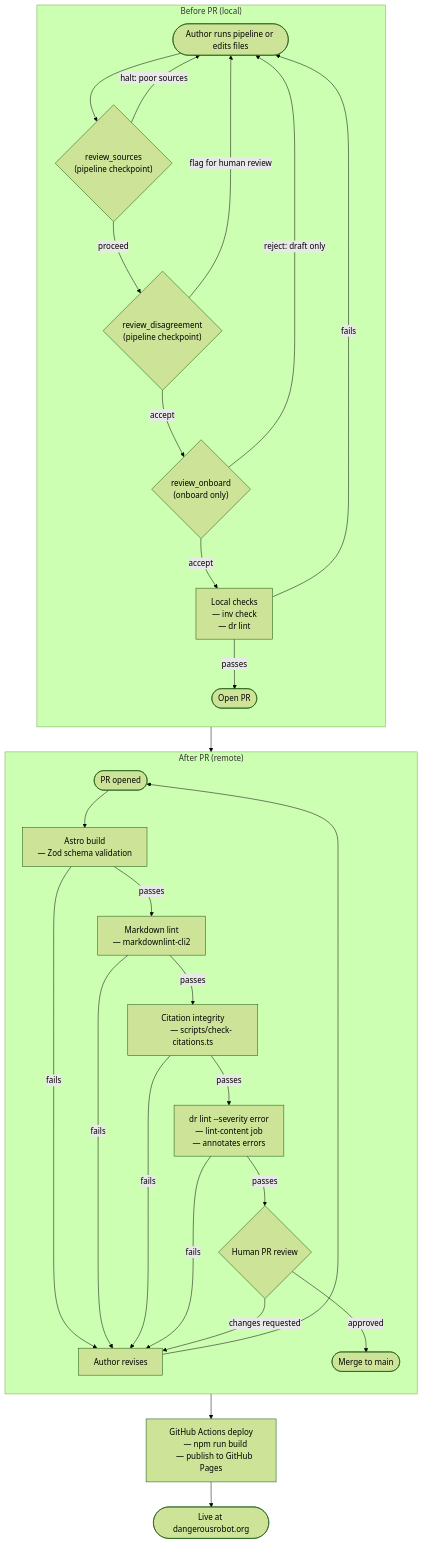
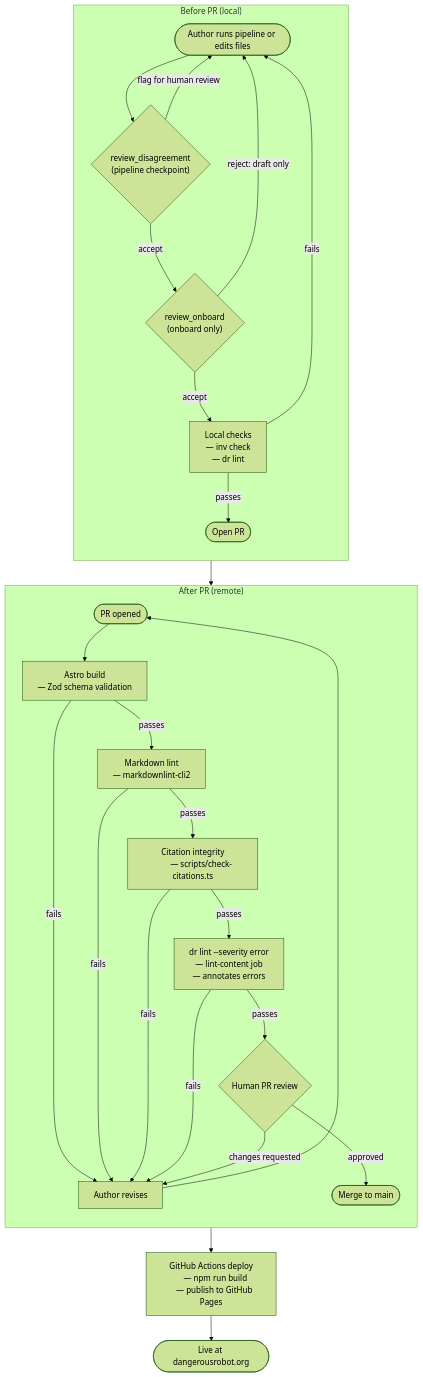
Before and after one commit to dangerous-robot/site: the fifth of 6 diagrams in docs/architecture/research-flow.md, drawn with Mermaid (forest theme). The commit also changed other lines of this file and 59 other files, not shown here.

````diff
--- a/docs/architecture/research-flow.md
+++ b/docs/architecture/research-flow.md
@@ -178,57 +173,53 @@
 ```mermaid
 flowchart TD
     subgraph before ["Before PR (local)"]
         direction TB
-        START([Author runs pipeline or edits files]) --> PG1
-        PG1{"review_sources
-        (pipeline checkpoint)"}
-        PG1 -->|halt: poor sources| START
-        PG1 -->|proceed| PG2
+        START([Author runs pipeline or edits files]) --> PG2
         PG2{"review_disagreement
         (pipeline checkpoint)"}
         PG2 -->|flag for human review| START
         PG2 -->|accept| PG3
         PG3{"review_onboard
         (onboard only)"}
         PG3 -->|reject: draft only| START
         PG3 -->|accept| LOCAL
         LOCAL["Local checks
         — inv check
         — dr lint"]
         LOCAL -->|fails| START
         LOCAL -->|passes| OPEN([Open PR])
     end
 
     OPEN --> AFTER_ENTRY
 
     subgraph after ["After PR (remote)"]
         direction TB
         AFTER_ENTRY([PR opened]) --> CI1
         CI1["Astro build
         — Zod schema validation"]
         CI1 -->|fails| REWORK[Author revises]
         CI1 -->|passes| CI2
         CI2["Markdown lint
         — markdownlint-cli2"]
         CI2 -->|fails| REWORK
         CI2 -->|passes| CI3
         CI3["Citation integrity
         — scripts/check-citations.ts"]
         CI3 -->|fails| REWORK
         CI3 -->|passes| CI4
         CI4["dr lint --severity error
         — lint-content job
         — annotates errors"]
         CI4 -->|fails| REWORK
         CI4 -->|passes| REV
         REV{Human PR review}
         REV -->|changes requested| REWORK
         REV -->|approved| MERGE([Merge to main])
         REWORK --> AFTER_ENTRY
     end
 
     MERGE --> DEPLOY["GitHub Actions deploy
     — npm run build
     — publish to GitHub Pages"]
     DEPLOY --> LIVE([Live at dangerousrobot.org])
 ```
````
